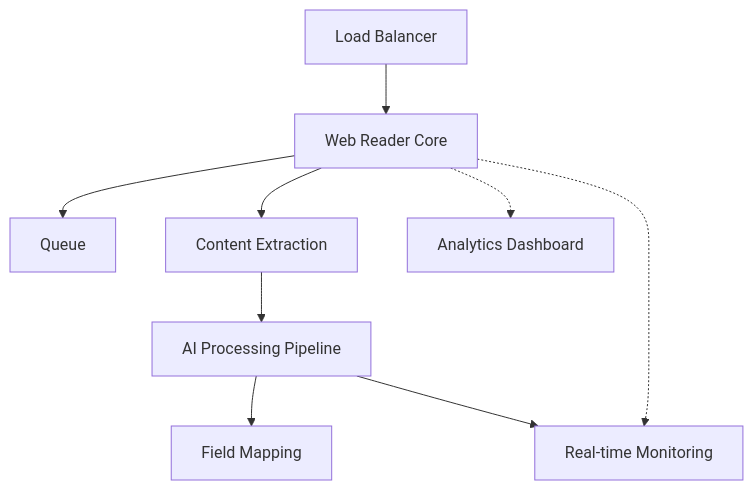
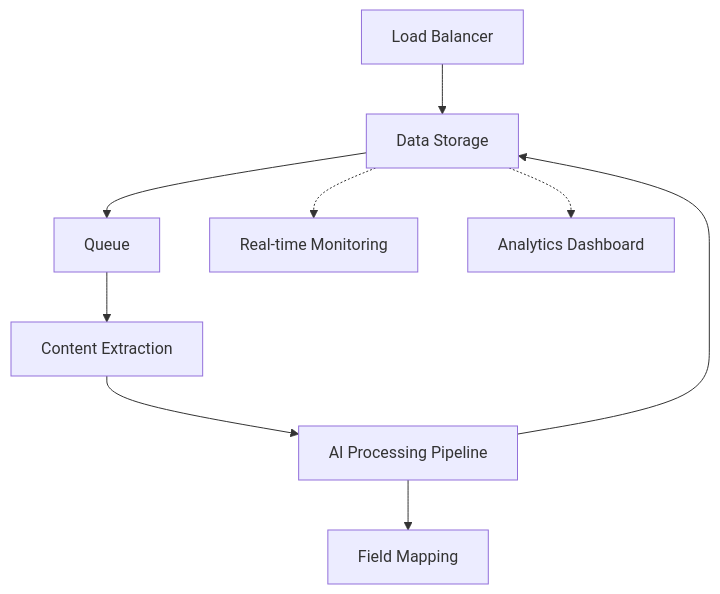
One commit to NoWayJA/web-reader-core changed the diagram in README.md. Above: the diagram before and after it, drawn with Mermaid. The commit also changed 1 other file, not shown here.

Commit message:
Mermaid update

````diff
--- a/README.md
+++ b/README.md
@@ -28,12 +28,12 @@
 ```mermaid
 graph TD
     A[Load Balancer] --> B[Web Reader Core]
     B --> C[Queue]
-    B --> D[Content Extraction]
+    C --> D[Content Extraction]
     D --> E[AI Processing Pipeline]
     E --> F[Field Mapping]
-    E --> G[Data Storage]
+    E --> B[Data Storage]
         
     B -.-> G[Real-time Monitoring]
     B -.-> H[Analytics Dashboard]
 ```
````
